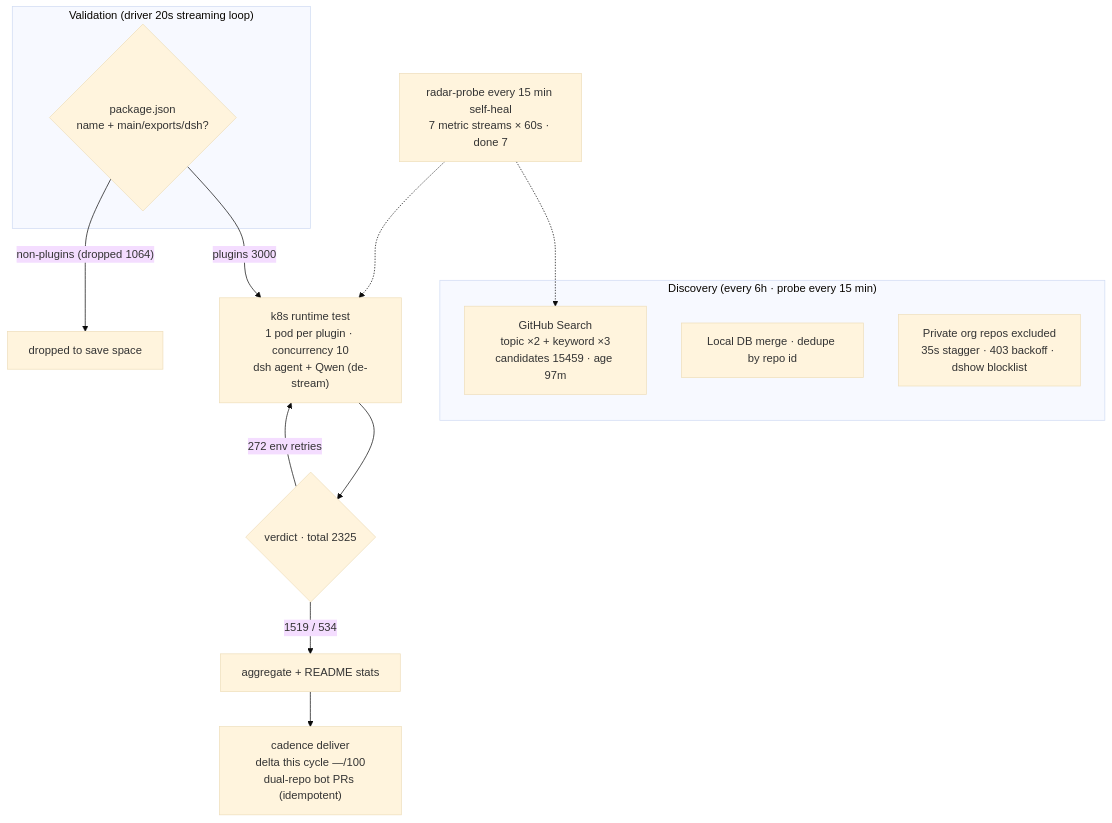
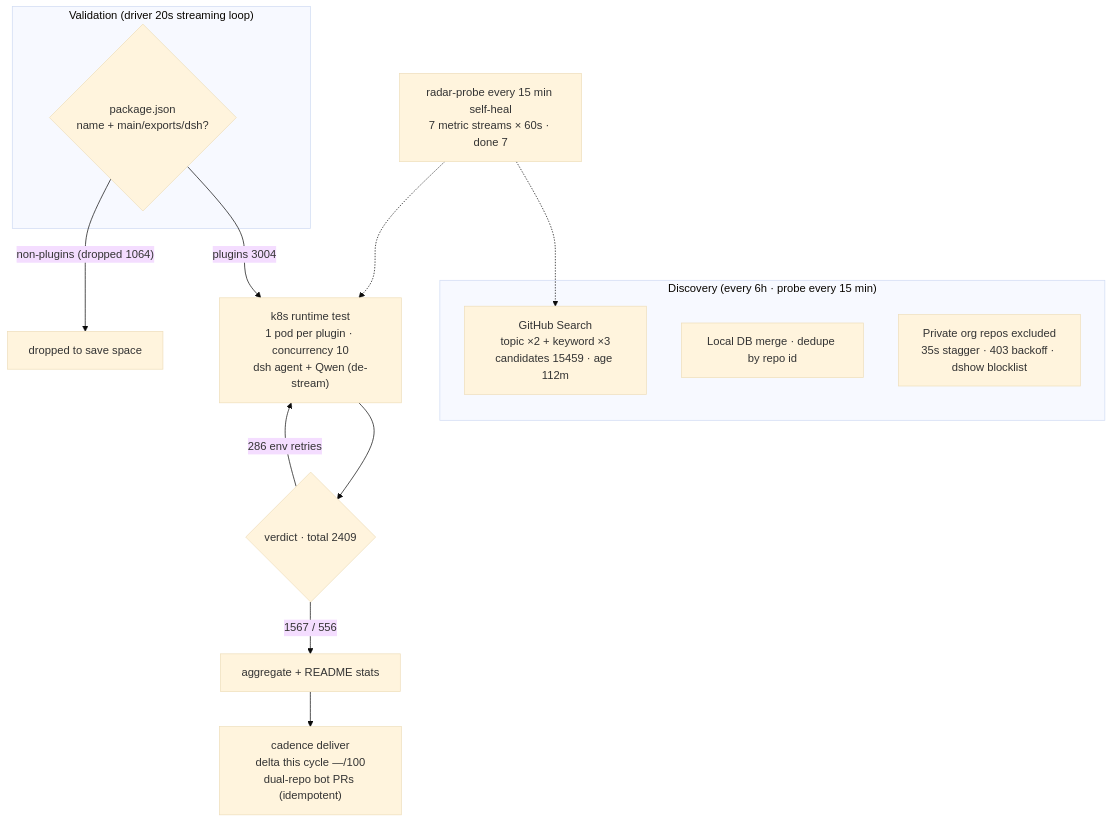
One commit to AdamPlatin123/awesome-dsh-plugins changed the diagram in README.en-US.md. Above: the diagram before and after it, drawn with Mermaid (base theme). The commit also changed other lines of this file and 5 other files, not shown here.

````diff
--- a/README.en-US.md
+++ b/README.en-US.md
@@ -30,20 +30,20 @@
 ```mermaid
 flowchart TB
     subgraph Discovery["Discovery (every 6h · probe every 15 min)"]
-        A1["GitHub Search<br/>topic ×2 + keyword ×3<br/>candidates 15459 · age 97m"]
+        A1["GitHub Search<br/>topic ×2 + keyword ×3<br/>candidates 15459 · age 112m"]
         A2["Local DB merge · dedupe by repo id"]
         A3["Private org repos excluded<br/>35s stagger · 403 backoff · dshow blocklist"]
     end
     subgraph Validation["Validation (driver 20s streaming loop)"]
         B1{"package.json<br/>name + main/exports/dsh?"}
     end
-    B1 -->|"plugins 3000"| C1["k8s runtime test<br/>1 pod per plugin · concurrency 10<br/>dsh agent + Qwen (de-stream)"]
+    B1 -->|"plugins 3004"| C1["k8s runtime test<br/>1 pod per plugin · concurrency 10<br/>dsh agent + Qwen (de-stream)"]
     B1 -->|"non-plugins (dropped 1064)"| B3["dropped to save space"]
-    C1 --> D1{"verdict · total 2325"}
-    D1 -->|"1519 / 534"| E1["aggregate + README stats"]
-    D1 -->|"272 env retries"| C1
+    C1 --> D1{"verdict · total 2409"}
+    D1 -->|"1567 / 556"| E1["aggregate + README stats"]
+    D1 -->|"286 env retries"| C1
     E1 --> E2["cadence deliver<br/>delta this cycle —/100<br/>dual-repo bot PRs (idempotent)"]
     M["radar-probe every 15 min self-heal<br/>7 metric streams × 60s · done 7"]
     M -.-> A1
     M -.-> C1
 ```
````
